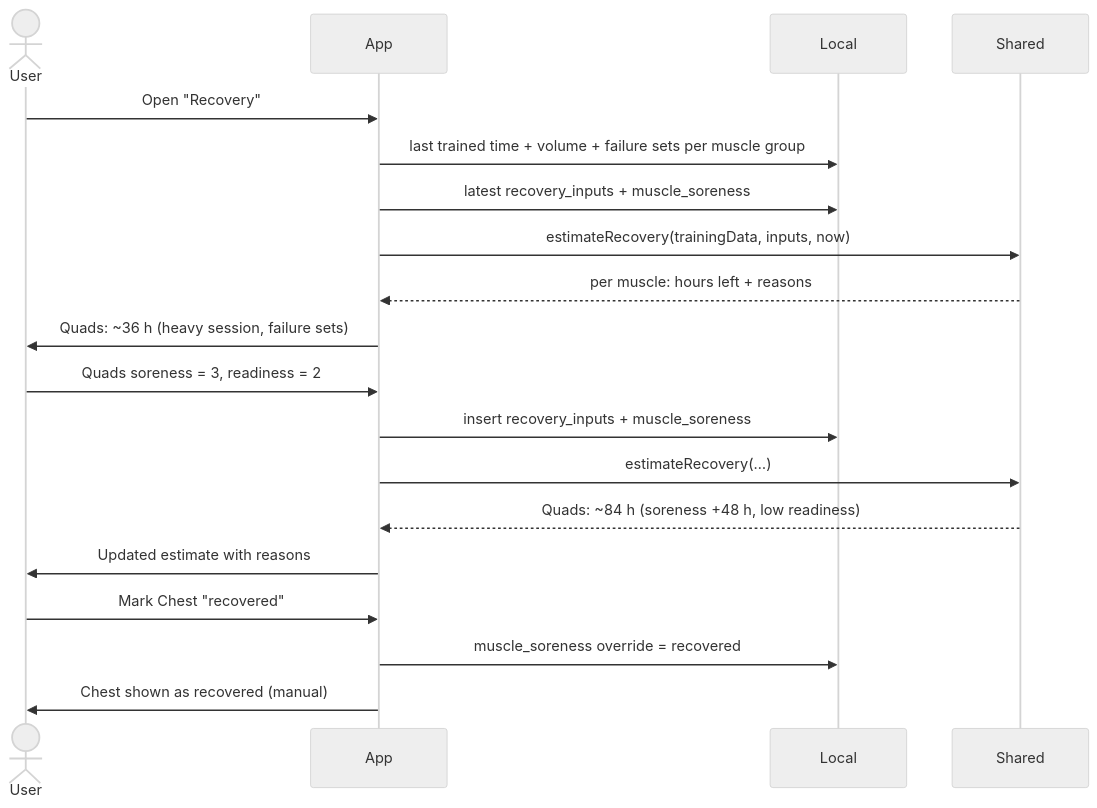
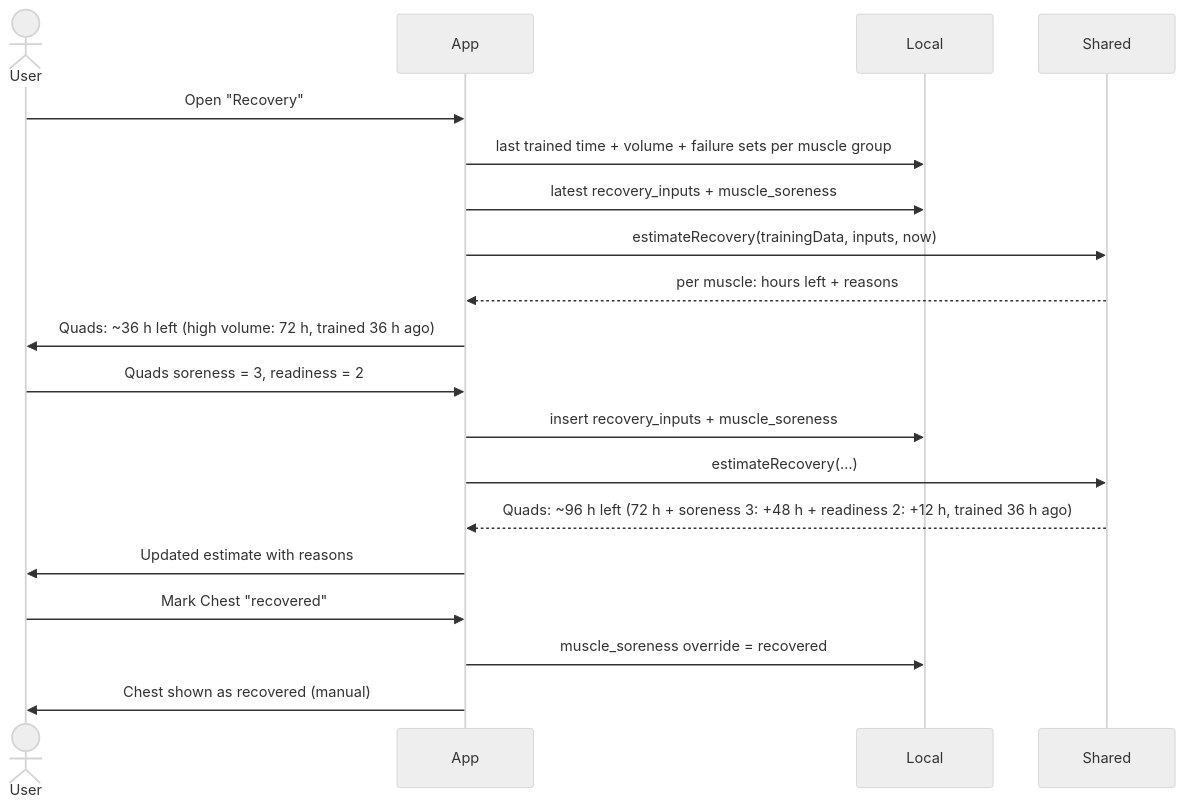
The ninth of 21 diagrams in flows.md (leonard538/Lymbr), drawn with Mermaid (neutral theme) before and after one commit. The commit also changed other lines of this file and 8 other files, not shown here.

````diff
--- a/flows.md
+++ b/flows.md
@@ -377,22 +377,22 @@
 ```mermaid
 sequenceDiagram
   actor User
   participant App
   participant Local
   participant Shared
 
   User->>App: Open "Recovery"
   App->>Local: last trained time + volume + failure sets per muscle group
   App->>Local: latest recovery_inputs + muscle_soreness
   App->>Shared: estimateRecovery(trainingData, inputs, now)
   Shared-->>App: per muscle: hours left + reasons
-  App->>User: Quads: ~36 h (heavy session, failure sets)
+  App->>User: Quads: ~36 h left (high volume: 72 h, trained 36 h ago)
   User->>App: Quads soreness = 3, readiness = 2
   App->>Local: insert recovery_inputs + muscle_soreness
   App->>Shared: estimateRecovery(…)
-  Shared-->>App: Quads: ~84 h (soreness +48 h, low readiness)
+  Shared-->>App: Quads: ~96 h left (72 h + soreness 3: +48 h + readiness 2: +12 h, trained 36 h ago)
   App->>User: Updated estimate with reasons
   User->>App: Mark Chest "recovered"
   App->>Local: muscle_soreness override = recovered
   App->>User: Chest shown as recovered (manual)
 ```
````
